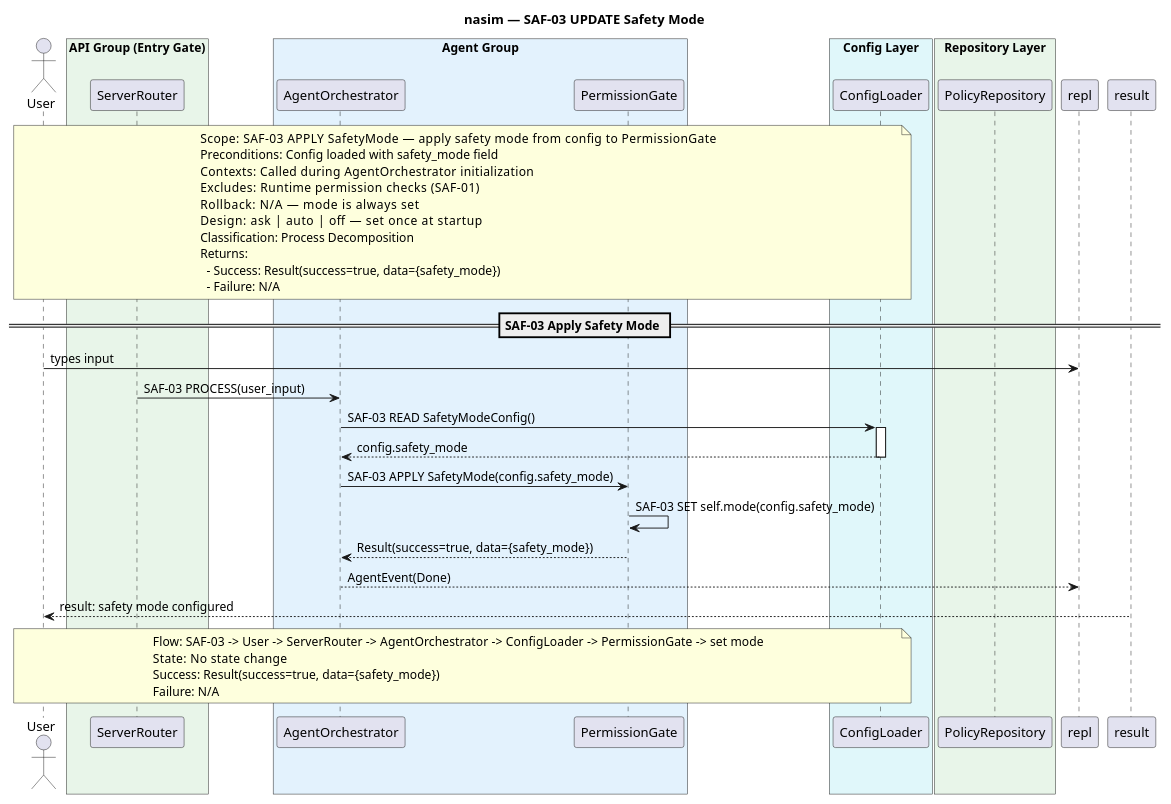
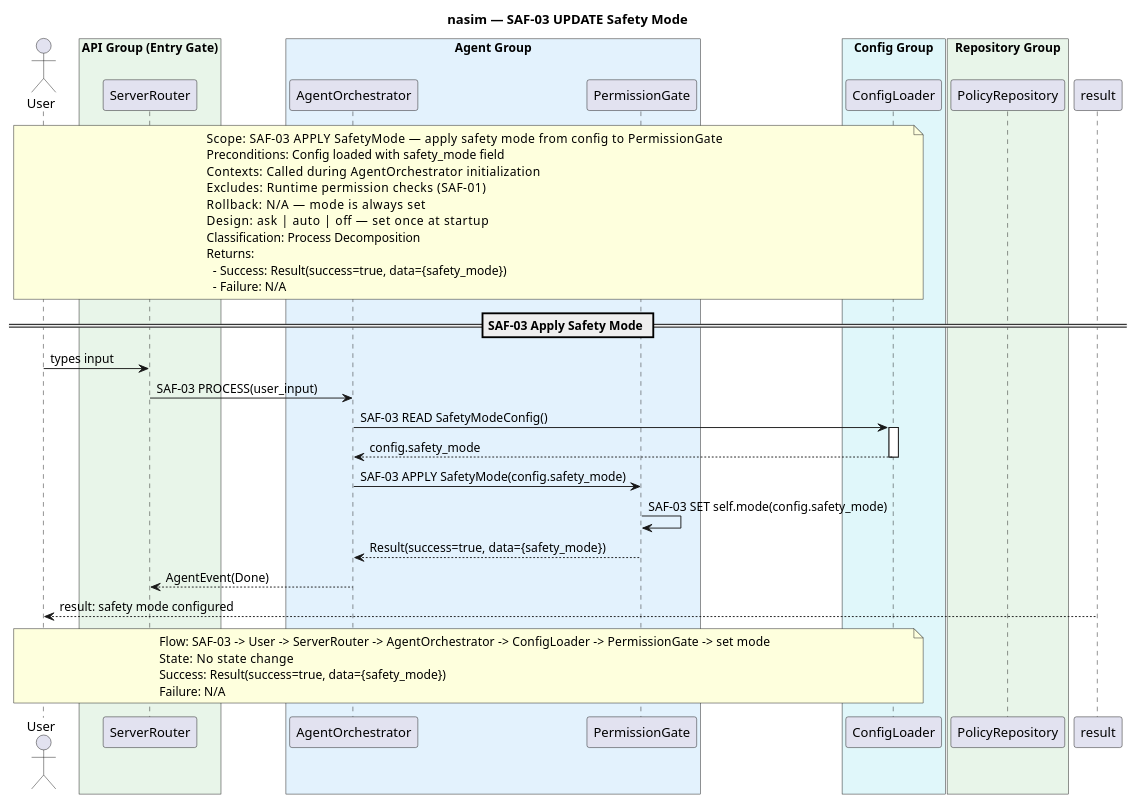
One commit to salimnamvar/nasim changed the diagram in docs/SQ/SAF/sq_saf03_apply_safety_mode.puml. Above: the diagram before and after it, drawn with PlantUML. The commit also changed 186 other files, not shown here.

Commit message:
docs: Delete outdated sequence diagram skill documentation and replace with a comprehensive rulebook for use case diagram design derived from C4 architecture, ensuring full coverage of systems, containers, components, and CRUD-format naming conventions.

```diff
--- a/docs/SQ/SAF/sq_saf03_apply_safety_mode.puml
+++ b/docs/SQ/SAF/sq_saf03_apply_safety_mode.puml
@@ -1,68 +1,68 @@
 @startuml sq_saf03_apply_safety_mode
 ' ============================================================
 ' Title:     SAF-03 — Apply Safety Mode
 ' Boundary:  nasim code agent CLI
 ' Purpose:   Configure safety mode from config
 ' Milestone: v1.0
-' Version:   8.0.0
+' Version:   9.1.0
 ' Source:    CAR refinement loop — API-First transformation
 ' Review:    —
 ' ============================================================
 
 title nasim — SAF-03 UPDATE Safety Mode
 
 actor "User" as user
 
 box "API Group (Entry Gate)" #E8F5E9
   participant "ServerRouter" as router
 end box
 box "Agent Group" #E3F2FD
   participant "AgentOrchestrator" as agent
   participant "PermissionGate" as gate
 end box
-box "Config Layer" #E0F7FA
+box "Config Group" #E0F7FA
   participant "ConfigLoader" as cfg
 end box
-box "Repository Layer" #E8F5E9
+box "Repository Group" #E8F5E9
   participant "PolicyRepository" as policy_repo
 end box
 
 note over user, cfg
   Scope:          SAF-03 APPLY SafetyMode — apply safety mode from config to PermissionGate
   Preconditions:  Config loaded with safety_mode field
   Contexts:       Called during AgentOrchestrator initialization
   Excludes:       Runtime permission checks (SAF-01)
   Rollback:       N/A — mode is always set
   Design:         ask | auto | off — set once at startup
   Classification: Process Decomposition
   Returns:
     - Success: Result(success=true, data={safety_mode})
     - Failure: N/A
 end note
 
 == SAF-03 Apply Safety Mode ==
 
-user -> repl : types input
+user -> router : types input
 router -> agent : SAF-03 PROCESS(user_input)
 
 agent -> cfg : SAF-03 READ SafetyModeConfig()
 activate cfg
 cfg --> agent : config.safety_mode
 deactivate cfg
 
 agent -> gate : SAF-03 APPLY SafetyMode(config.safety_mode)
 gate -> gate : SAF-03 SET self.mode(config.safety_mode)
 
 gate --> agent : Result(success=true, data={safety_mode})
 
-agent --> repl : AgentEvent(Done)
+agent --> router : AgentEvent(Done)
 result --> user : result: safety mode configured
 
 note over user, cfg
   Flow:    SAF-03 -> User -> ServerRouter -> AgentOrchestrator -> ConfigLoader -> PermissionGate -> set mode
   State:   No state change
   Success: Result(success=true, data={safety_mode})
   Failure: N/A
 end note
 
 @enduml
```
